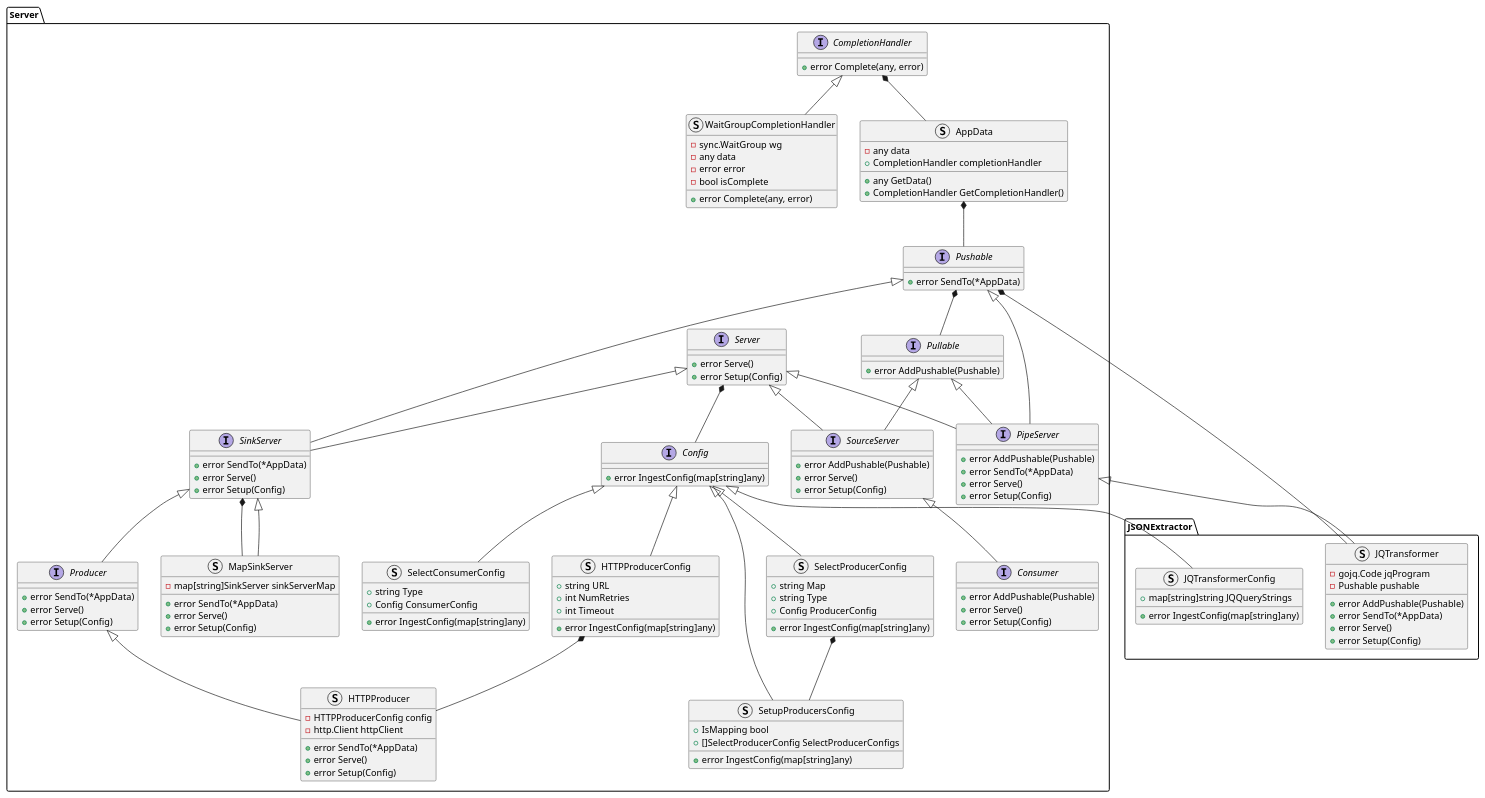
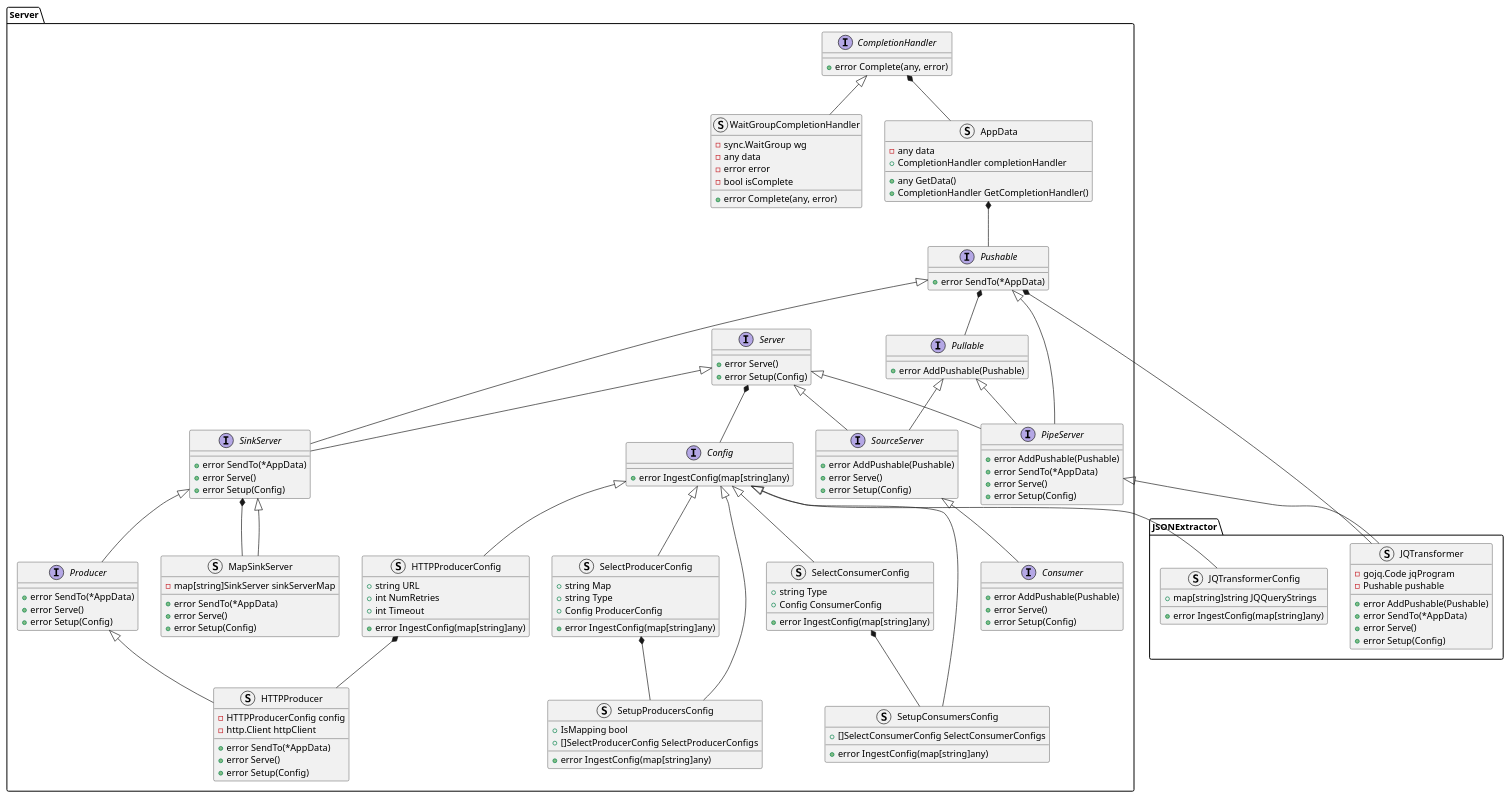
One commit to xtuml/otel2pv changed the diagram in docs/design_notes/DN1_JSON_Extractor/class_diagram.puml. Above: the diagram before and after it, drawn with PlantUML. The commit also changed 3 other files, not shown here.

First line of the commit message:
Cdsopv 85 create setup consumers config (#44)

```diff
--- a/docs/design_notes/DN1_JSON_Extractor/class_diagram.puml
+++ b/docs/design_notes/DN1_JSON_Extractor/class_diagram.puml
@@ -1,138 +1,144 @@
 @startuml
 namespace JSONExtractor {
     struct JQTransformerConfig {
         +map[string]string JQQueryStrings
         +error IngestConfig(map[string]any)
     }
     struct JQTransformer {
         -gojq.Code jqProgram
         -Pushable pushable
         +error AddPushable(Pushable)
         +error SendTo(*AppData)
         +error Serve()
         +error Setup(Config)
     }
 }
 namespace Server {
     interface CompletionHandler {
         +error Complete(any, error)
     }
     struct WaitGroupCompletionHandler {
         -sync.WaitGroup wg
         -any data
         -error error
         -bool isComplete
         +error Complete(any, error)
     }
     struct AppData {
         -any data
         +CompletionHandler completionHandler
         +any GetData()
         +CompletionHandler GetCompletionHandler()
     }
     interface Server {
         +error Serve()
         +error Setup(Config)
     }
     interface Pullable {
         +error AddPushable(Pushable)
     }
     interface Pushable {
         +error SendTo(*AppData)
     }
     interface SourceServer {
         +error AddPushable(Pushable)
         +error Serve()
         +error Setup(Config)
     }
     interface SinkServer {
         +error SendTo(*AppData)
         +error Serve()
         +error Setup(Config)
     }
     interface PipeServer {
         +error AddPushable(Pushable)
         +error SendTo(*AppData)
         +error Serve()
         +error Setup(Config)
     }
     interface Producer {
         +error SendTo(*AppData)
         +error Serve()
         +error Setup(Config)
     }
     struct HTTPProducer {
         -HTTPProducerConfig config
         -http.Client httpClient
         +error SendTo(*AppData)
         +error Serve()
         +error Setup(Config)
     }
     interface Consumer {
         +error AddPushable(Pushable)
         +error Serve()
         +error Setup(Config)
     }
     struct MapSinkServer {
         -map[string]SinkServer sinkServerMap
         +error SendTo(*AppData)
         +error Serve()
         +error Setup(Config)
     }
     interface Config {
         +error IngestConfig(map[string]any)
     }
     struct HTTPProducerConfig {
         +string URL
         +int NumRetries
         +int Timeout
         +error IngestConfig(map[string]any)
     }
     struct SelectProducerConfig {
         +string Map
         +string Type
         +Config ProducerConfig
         +error IngestConfig(map[string]any)
     }
     struct SetupProducersConfig {
         +IsMapping bool
         +[]SelectProducerConfig SelectProducerConfigs
         +error IngestConfig(map[string]any)
     }
     struct SelectConsumerConfig {
         +string Type
         +Config ConsumerConfig
         +error IngestConfig(map[string]any)
     }
+    struct SetupConsumersConfig {
+        +[]SelectConsumerConfig SelectConsumerConfigs
+        +error IngestConfig(map[string]any)
+    }
 }
 Server.CompletionHandler <|-- Server.WaitGroupCompletionHandler
 Server.CompletionHandler *-- Server.AppData
 Server.AppData *-- Server.Pushable
 Server.Server <|-- Server.SourceServer
 Server.Pushable *-- Server.Pullable
 Server.Pullable <|-- Server.SourceServer
 Server.Server <|-- Server.SinkServer
 Server.Pushable <|-- Server.SinkServer
 Server.Pushable <|-- Server.PipeServer
 Server.Pullable <|-- Server.PipeServer
 Server.Server <|-- Server.PipeServer
 
 Server.SinkServer <|-- Server.Producer
 Server.SinkServer *-- Server.MapSinkServer
 Server.SinkServer <|-- Server.MapSinkServer
 Server.SourceServer <|-- Server.Consumer
 
 Server.PipeServer <|-- JSONExtractor.JQTransformer
 Server.Pushable *-- JSONExtractor.JQTransformer
 
 
 Server.Server *-- Server.Config
 Server.Config <|-- JSONExtractor.JQTransformerConfig
 Server.Config <|-- Server.HTTPProducerConfig
 Server.Config <|-- Server.SelectProducerConfig
 Server.Config <|-- Server.SetupProducersConfig
 Server.Config <|-- Server.SelectConsumerConfig
+Server.Config <|-- Server.SetupConsumersConfig
 Server.SelectProducerConfig *-- Server.SetupProducersConfig
+Server.SelectConsumerConfig *-- Server.SetupConsumersConfig
 Server.Producer <|-- Server.HTTPProducer
 Server.HTTPProducerConfig *-- Server.HTTPProducer
 @enduml
```
